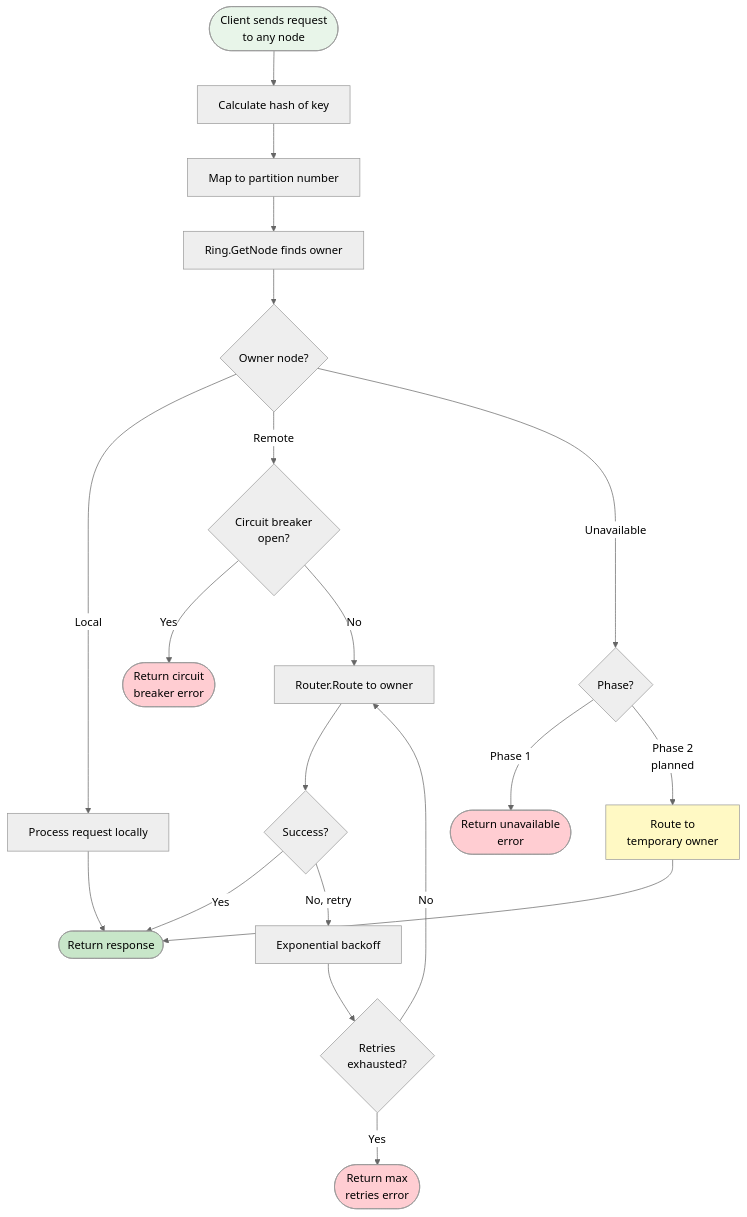
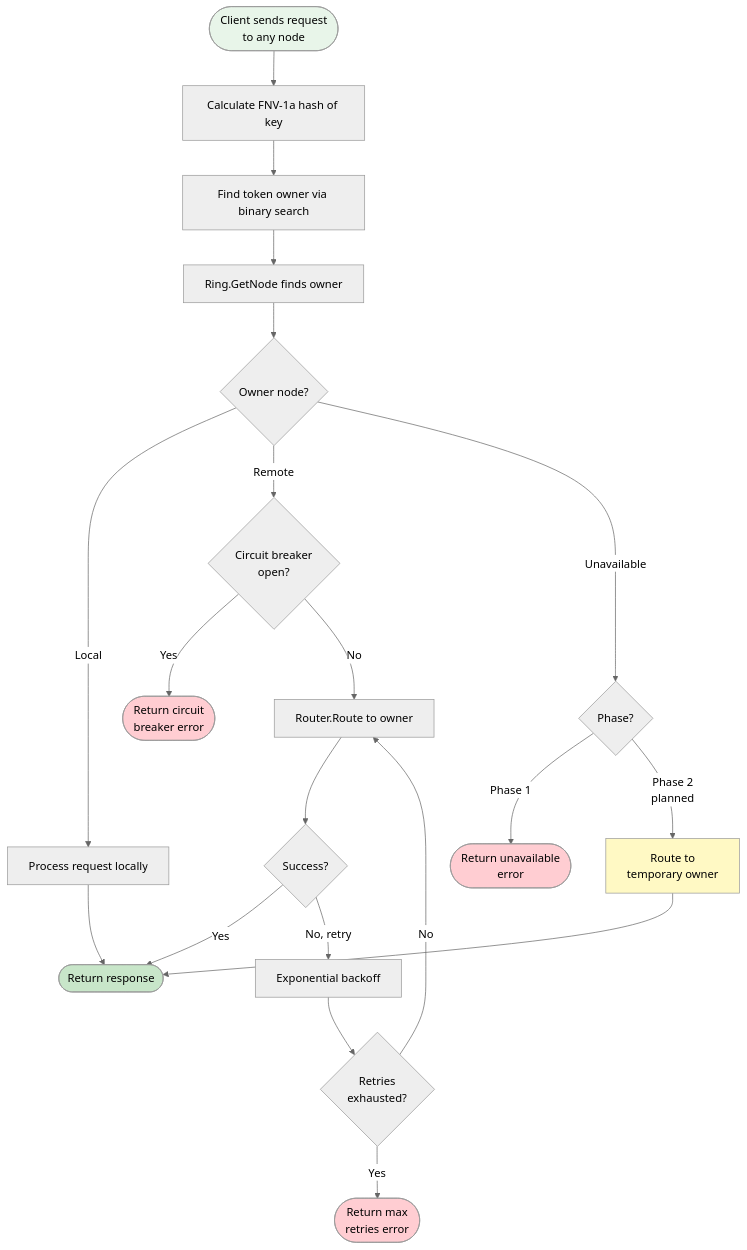
The second of 4 diagrams in docs/rfcs/RFC-007-sharded-cluster.md (tigrisdata/ocache), drawn with Mermaid (neutral theme) before and after one commit. The commit also changed other lines of this file, not shown here.

````diff
--- a/docs/rfcs/RFC-007-sharded-cluster.md
+++ b/docs/rfcs/RFC-007-sharded-cluster.md
@@ -122,38 +133,38 @@
 ```mermaid
 flowchart TD
-    Start([Client sends request<br/>to any node]) --> Hash[Calculate hash of key]
-    Hash --> Partition[Map to partition number]
-    Partition --> Owner[Ring.GetNode finds owner]
+    Start([Client sends request<br/>to any node]) --> Hash[Calculate FNV-1a hash of key]
+    Hash --> Token[Find token owner via binary search]
+    Token --> Owner[Ring.GetNode finds owner]
 
     Owner --> Decision{Owner node?}
 
     Decision -->|Local| ProcessLocal[Process request locally]
     ProcessLocal --> Success([Return response])
 
     Decision -->|Remote| CheckCircuit{Circuit breaker<br/>open?}
 
     CheckCircuit -->|Yes| CBError([Return circuit<br/>breaker error])
 
     CheckCircuit -->|No| Route[Router.Route to owner]
     Route --> RetryLogic{Success?}
 
     RetryLogic -->|Yes| Success
     RetryLogic -->|No, retry| Backoff[Exponential backoff]
     Backoff --> Retry{Retries<br/>exhausted?}
 
     Retry -->|No| Route
     Retry -->|Yes| MaxRetries([Return max<br/>retries error])
 
     Decision -->|Unavailable| Phase{Phase?}
 
     Phase -->|Phase 1| UnavailError([Return unavailable<br/>error])
     Phase -->|Phase 2<br/>planned| HintedHandoff[Route to<br/>temporary owner]
     HintedHandoff --> Success
 
     style Start fill:#e8f5e9
     style Success fill:#c8e6c9
     style CBError fill:#ffcdd2
     style UnavailError fill:#ffcdd2
     style MaxRetries fill:#ffcdd2
     style HintedHandoff fill:#fff9c4
 ```
````
